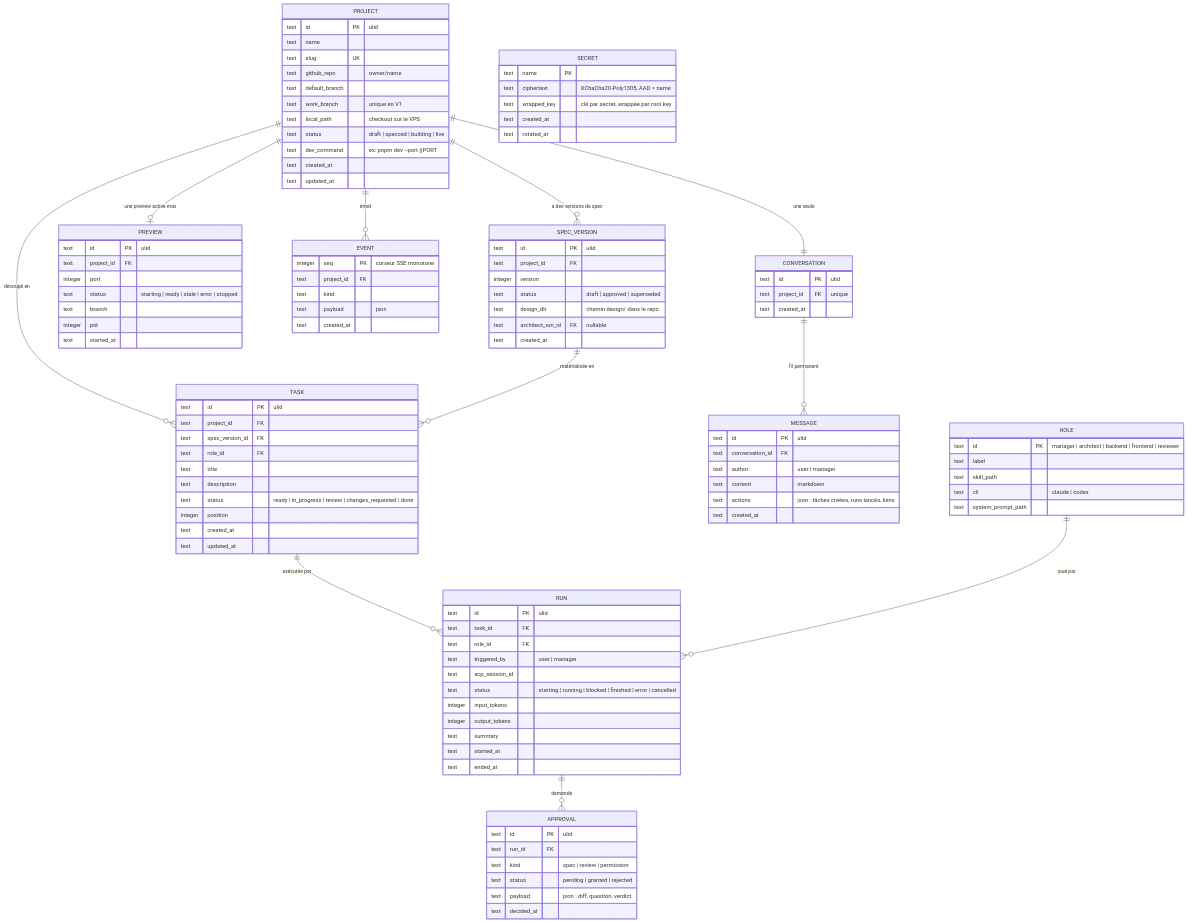
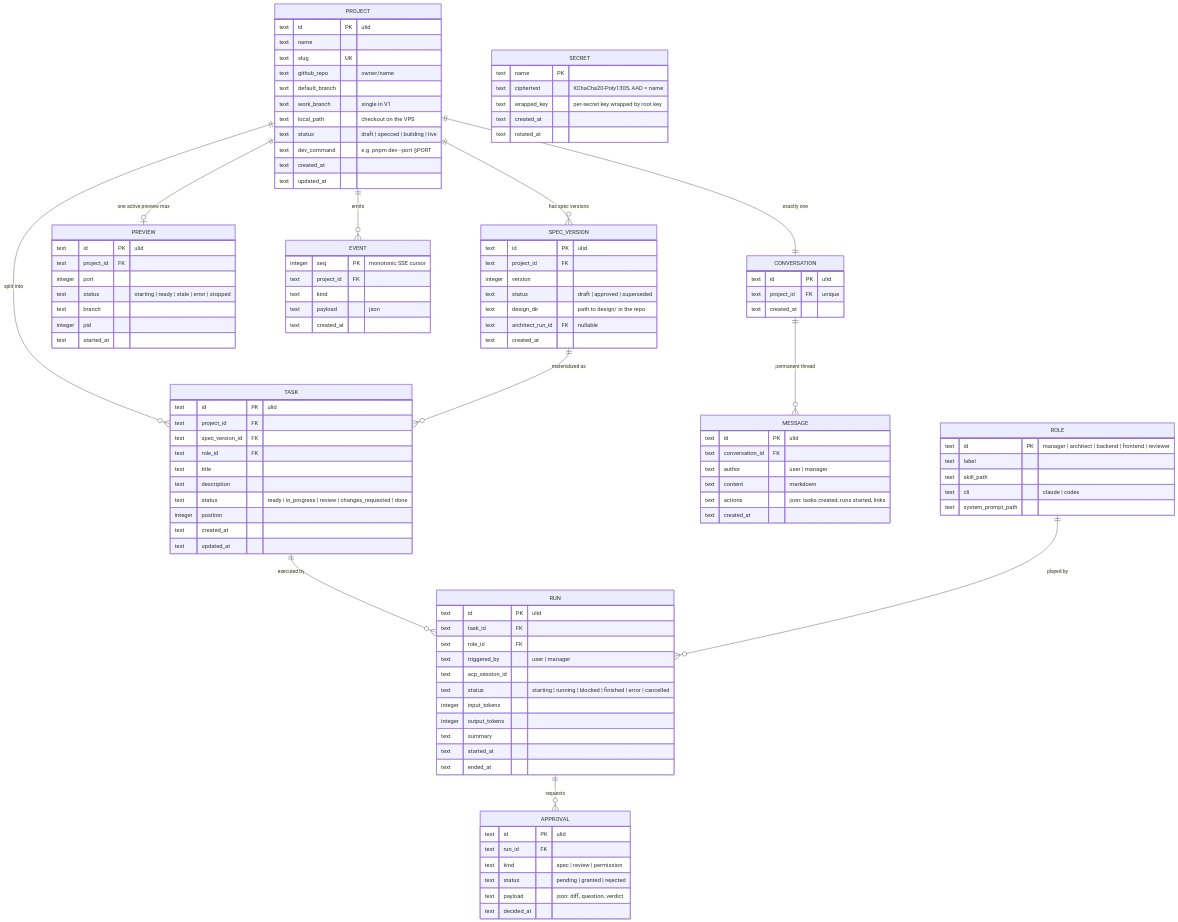
The first of 2 diagrams in docs/architecture-spec.md (salim4n/latoile), drawn with Mermaid before and after one commit. The commit also changed other lines of this file and 4 other files, not shown here.

````diff
--- a/docs/architecture-spec.md
+++ b/docs/architecture-spec.md
@@ -69,15 +69,15 @@
 ```mermaid
 erDiagram
-    PROJECT ||--o{ SPEC_VERSION : "a des versions de spec"
-    PROJECT ||--o{ TASK : "découpé en"
-    PROJECT ||--o| PREVIEW : "une preview active max"
-    PROJECT ||--o{ EVENT : "émet"
-    PROJECT ||--|| CONVERSATION : "une seule"
-    CONVERSATION ||--o{ MESSAGE : "fil permanent"
-    SPEC_VERSION ||--o{ TASK : "matérialisée en"
-    TASK ||--o{ RUN : "exécutée par"
-    ROLE ||--o{ RUN : "joué par"
-    RUN ||--o{ APPROVAL : "demande"
+    PROJECT ||--o{ SPEC_VERSION : "has spec versions"
+    PROJECT ||--o{ TASK : "split into"
+    PROJECT ||--o| PREVIEW : "one active preview max"
+    PROJECT ||--o{ EVENT : "emits"
+    PROJECT ||--|| CONVERSATION : "exactly one"
+    CONVERSATION ||--o{ MESSAGE : "permanent thread"
+    SPEC_VERSION ||--o{ TASK : "materialized as"
+    TASK ||--o{ RUN : "executed by"
+    ROLE ||--o{ RUN : "played by"
+    RUN ||--o{ APPROVAL : "requests"
 
     PROJECT {
         text id PK "ulid"
@@ -85,10 +85,10 @@
         text slug UK
         text github_repo "owner/name"
         text default_branch
-        text work_branch "unique en V1"
-        text local_path "checkout sur le VPS"
+        text work_branch "single in V1"
+        text local_path "checkout on the VPS"
         text status "draft | specced | building | live"
-        text dev_command "ex: pnpm dev --port $PORT"
+        text dev_command "e.g. pnpm dev --port $PORT"
         text created_at
         text updated_at
     }
@@ -97,7 +97,7 @@
         text project_id FK
         integer version
         text status "draft | approved | superseded"
-        text design_dir "chemin design/ dans le repo"
+        text design_dir "path to design/ in the repo"
         text architect_run_id FK "nullable"
         text created_at
     }
@@ -138,7 +138,7 @@
         text run_id FK
         text kind "spec | review | permission"
         text status "pending | granted | rejected"
-        text payload "json : diff, question, verdict"
+        text payload "json: diff, question, verdict"
         text decided_at
     }
     CONVERSATION {
@@ -151,7 +151,7 @@
         text conversation_id FK
         text author "user | manager"
         text content "markdown"
-        text actions "json : tâches créées, runs lancés, liens"
+        text actions "json: tasks created, runs started, links"
         text created_at
     }
     PREVIEW {
@@ -164,7 +164,7 @@
         text started_at
     }
     EVENT {
-        integer seq PK "curseur SSE monotone"
+        integer seq PK "monotonic SSE cursor"
         text project_id FK
         text kind
         text payload "json"
@@ -173,7 +173,7 @@
     SECRET {
         text name PK
         text ciphertext "XChaCha20-Poly1305, AAD = name"
-        text wrapped_key "clé par secret, wrappée par root key"
+        text wrapped_key "per-secret key wrapped by root key"
         text created_at
         text rotated_at
     }
````
